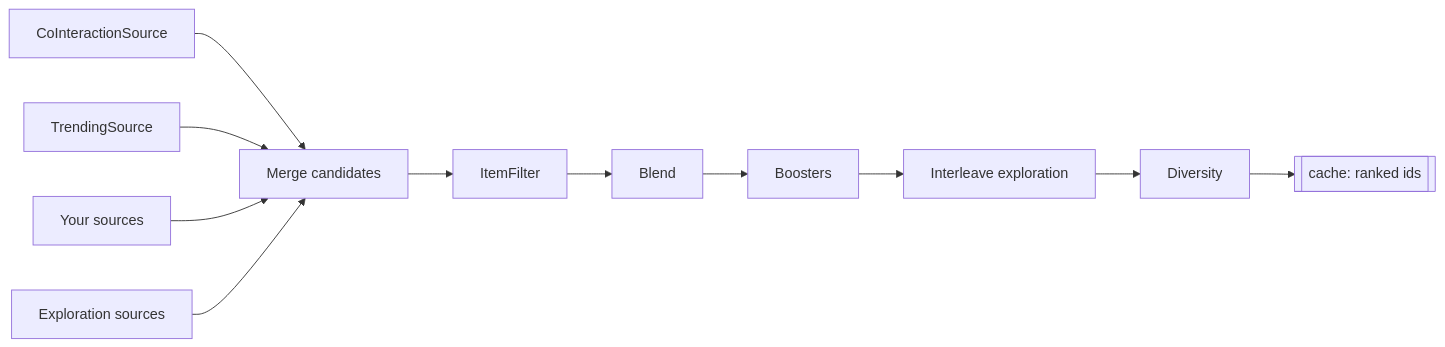
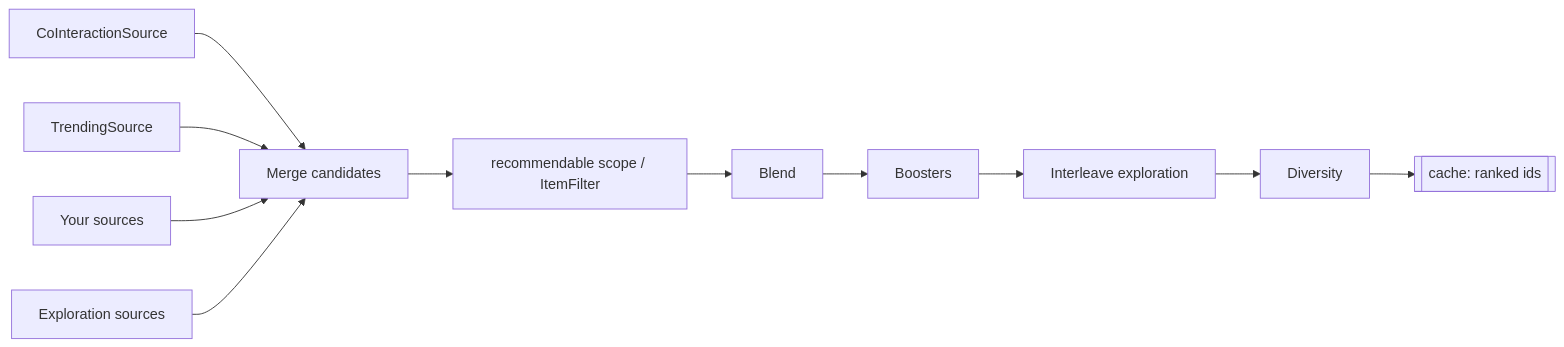
The third of 3 diagrams in docs/how-it-works.md (solutionforest/laravel-recommender), drawn with Mermaid before and after one commit. The commit also changed other lines of this file and 25 other files, not shown here.

````diff
--- a/docs/how-it-works.md
+++ b/docs/how-it-works.md
@@ -63,13 +64,13 @@
 ```mermaid
 flowchart LR
   A1[CoInteractionSource] --> M
   A2[TrendingSource] --> M
   A3[Your sources] --> M
   X[Exploration sources] --> M
-  M[Merge candidates] --> F[ItemFilter]
+  M[Merge candidates] --> F[recommendable scope / ItemFilter]
   F --> BL[Blend]
   BL --> BO[Boosters]
   BO --> EX[Interleave exploration]
   EX --> DV[Diversity]
   DV --> L[[cache: ranked ids]]
 ```
````
